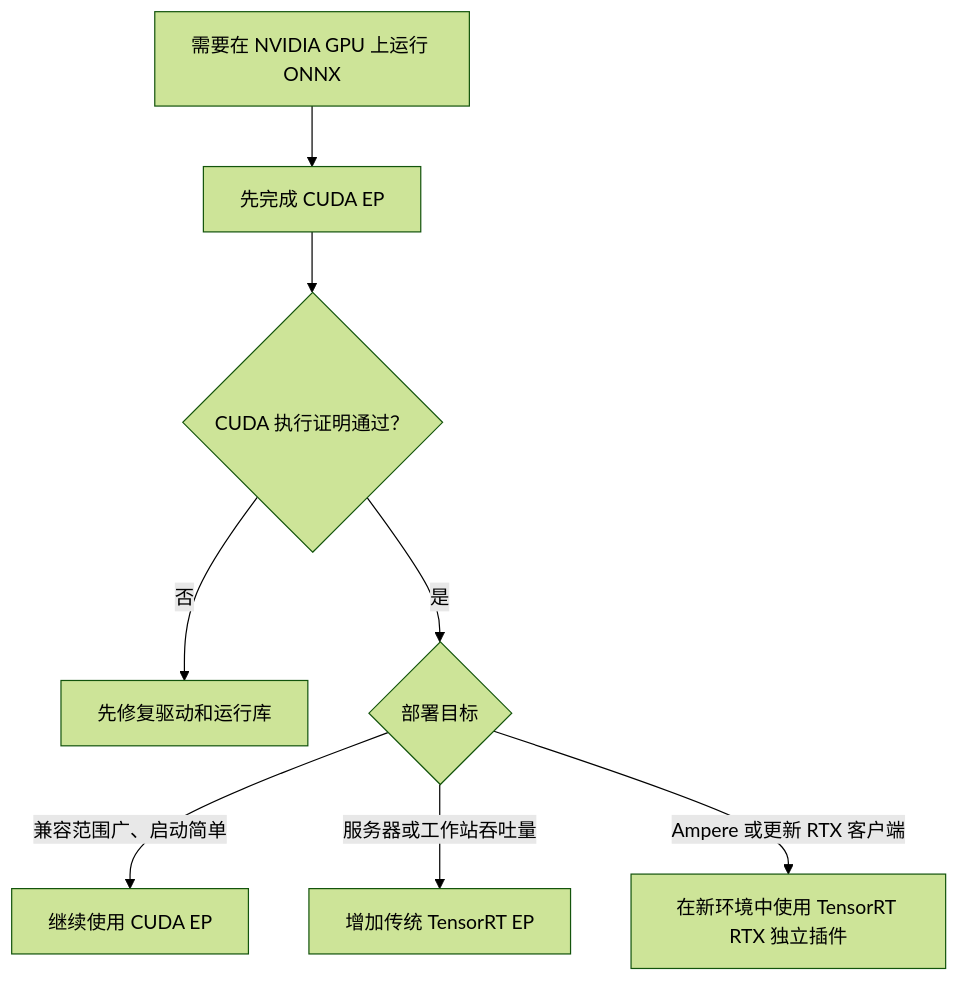
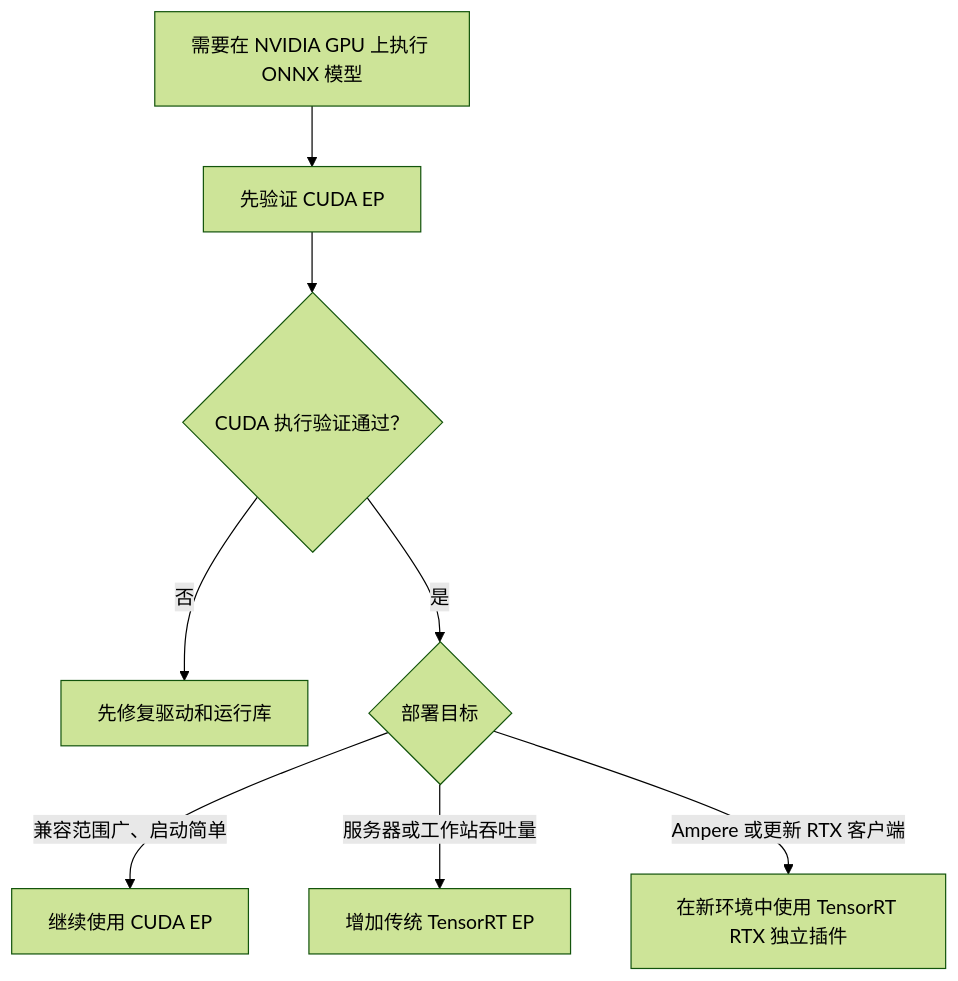
One commit to DakeQQ/Tutorial-ONNX-Runtime-Execution-Providers changed the first of 4 diagrams in NVIDIA/README.zh-CN.md. Above: the diagram before and after it, drawn with Mermaid (forest theme). The commit also changed other lines of this file, not shown here.

````diff
--- a/NVIDIA/README.zh-CN.md
+++ b/NVIDIA/README.zh-CN.md
@@ -31,10 +31,10 @@
 ```mermaid
 flowchart TD
-    A[需要在 NVIDIA GPU 上运行 ONNX] --> B[先完成 CUDA EP]
-    B --> C{CUDA 执行证明通过？}
+    A[需要在 NVIDIA GPU 上执行 ONNX 模型] --> B[先验证 CUDA EP]
+    B --> C{CUDA 执行验证通过？}
     C -- 否 --> D[先修复驱动和运行库]
     C -- 是 --> E{部署目标}
     E -->|兼容范围广、启动简单| F[继续使用 CUDA EP]
     E -->|服务器或工作站吞吐量| G[增加传统 TensorRT EP]
     E -->|Ampere 或更新 RTX 客户端| H[在新环境中使用 TensorRT RTX 独立插件]
 ```
````
